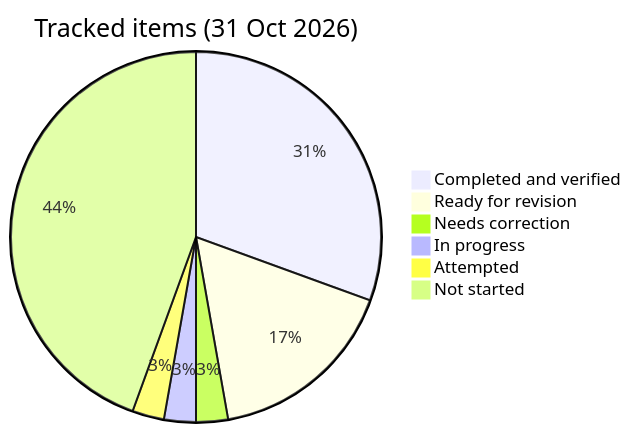
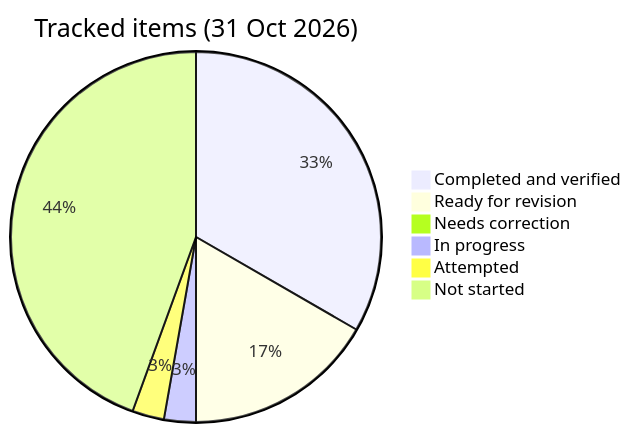
One commit to PrashantSury/java-switch-journey changed the diagram in PROGRESS.md. Above: the diagram before and after it, drawn with Mermaid. The commit also changed other lines of this file and 2 other files, not shown here.

Commit message:
Day 08: Part B1 verified (15/15), progress and day08 updated

````diff
--- a/PROGRESS.md
+++ b/PROGRESS.md
@@ -143,9 +143,9 @@
 ```mermaid
 pie title Tracked items (31 Oct 2026)
-  "Completed and verified" : 11
+  "Completed and verified" : 12
   "Ready for revision" : 6
-  "Needs correction" : 1
+  "Needs correction" : 0
   "In progress" : 1
   "Attempted" : 1
   "Not started" : 16
 ```
````
